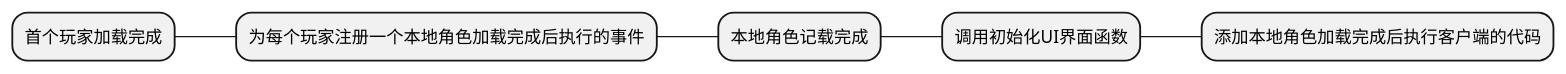
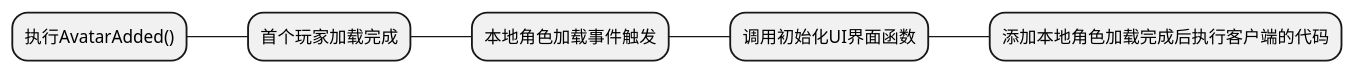
One commit to myrainbowcolor/Rworlder changed the diagram in docs/ReWorld编程模板目录/模板/编程框架/Client_Main.md. Above: the diagram before and after it, drawn with PlantUML. The commit also changed 5 other files, not shown here.

````diff
--- a/docs/ReWorld编程模板目录/模板/编程框架/Client_Main.md
+++ b/docs/ReWorld编程模板目录/模板/编程框架/Client_Main.md
@@ -7,9 +7,9 @@
 ```plantuml
 @startmindmap
-* 首个玩家加载完成
-** 为每个玩家注册一个本地角色加载完成后执行的事件
-*** 本地角色记载完成
+* 执行AvatarAdded()
+** 首个玩家加载完成
+*** 本地角色加载事件触发
 **** 调用初始化UI界面函数
 ***** 添加本地角色加载完成后执行客户端的代码
 @endmindmap
 ```
````
